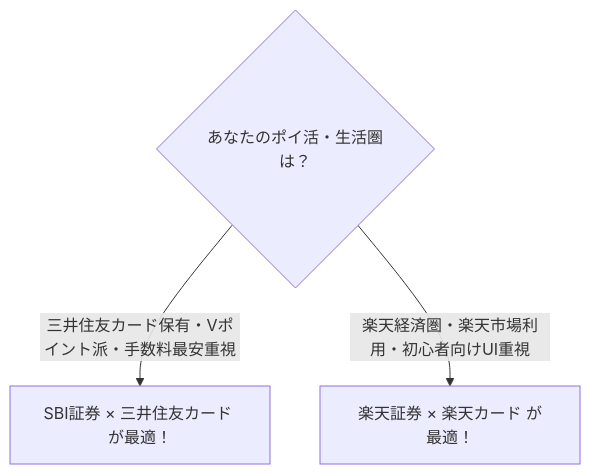
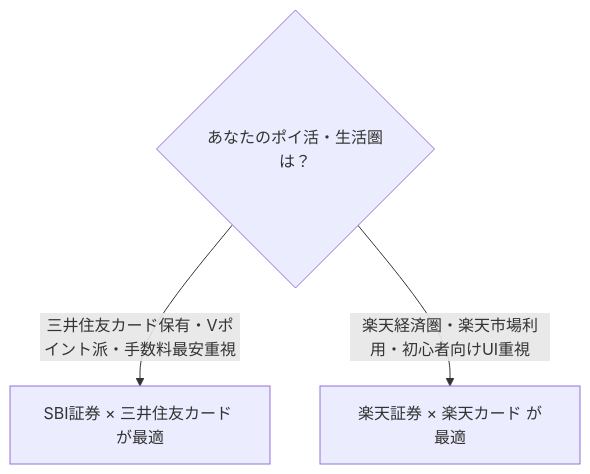
The diagram in content/posts/nisa-creca-tsumitate-comparison-2026.md (AGETARO/pr-king), drawn with Mermaid before and after one commit. The commit also changed other lines of this file and 23 other files, not shown here.

````diff
--- a/content/posts/nisa-creca-tsumitate-comparison-2026.md
+++ b/content/posts/nisa-creca-tsumitate-comparison-2026.md
@@ -60,6 +58,6 @@
 ```mermaid
 flowchart TD
     Choice{"あなたのポイ活・生活圏は？"}
-    Choice -->|三井住友カード保有・Vポイント派・手数料最安重視| SBI["SBI証券 × 三井住友カード が最適！"]
-    Choice -->|楽天経済圏・楽天市場利用・初心者向けUI重視| RAKUTEN["楽天証券 × 楽天カード が最適！"]
+    Choice -->|三井住友カード保有・Vポイント派・手数料最安重視| SBI["SBI証券 × 三井住友カード が最適"]
+    Choice -->|楽天経済圏・楽天市場利用・初心者向けUI重視| RAKUTEN["楽天証券 × 楽天カード が最適"]
 ```
````
